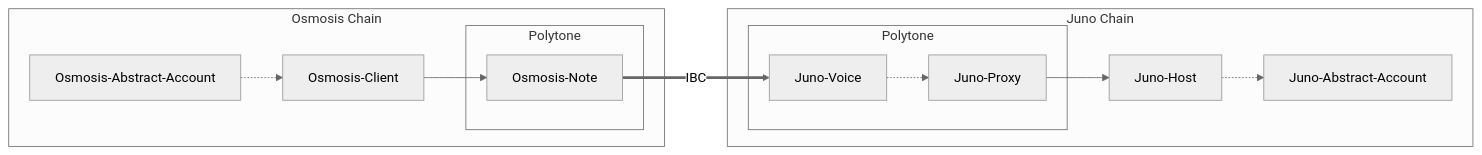
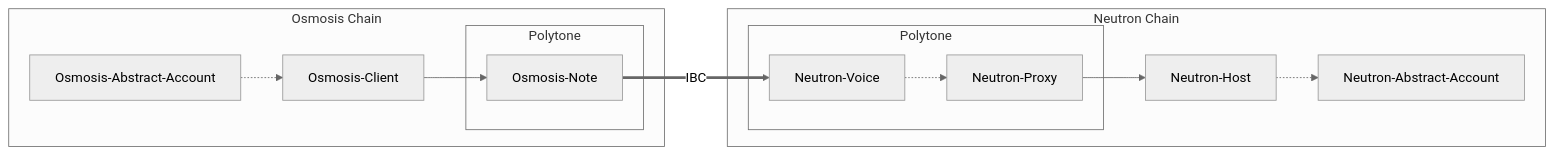
One commit to AbstractSDK/abstract changed the diagram in framework/docs/src/ibc/account-ibc.md. Above: the diagram before and after it, drawn with Mermaid (neutral theme). The commit also changed other lines of this file and 2 other files, not shown here.

Commit message:
Simplify IBC docs

````diff
--- a/framework/docs/src/ibc/account-ibc.md
+++ b/framework/docs/src/ibc/account-ibc.md
@@ -121,22 +133,22 @@
 ```mermaid
 flowchart LR
 
     subgraph Osmosis[Osmosis Chain]
         Osmosis-Abstract-Account -.-> Osmosis-Client
         Osmosis-Client --> Osmosis-Note
         subgraph Osmosis-Polytone[Polytone]
             Osmosis-Note
         end
     end
 
 
-    subgraph Juno[Juno Chain]
-        subgraph Juno-Polytone[Polytone]
-            Juno-Voice -.-> Juno-Proxy
+    subgraph Neutron[Neutron Chain]
+        subgraph Neutron-Polytone[Polytone]
+            Neutron-Voice -.-> Neutron-Proxy
         end
-        Juno-Proxy --> Juno-Host
-        Juno-Host -.-> Juno-Abstract-Account
+        Neutron-Proxy --> Neutron-Host
+        Neutron-Host -.-> Neutron-Abstract-Account
     end
 
-    Osmosis-Note ==IBC==> Juno-Voice
+    Osmosis-Note ==IBC==> Neutron-Voice
 ```
````
